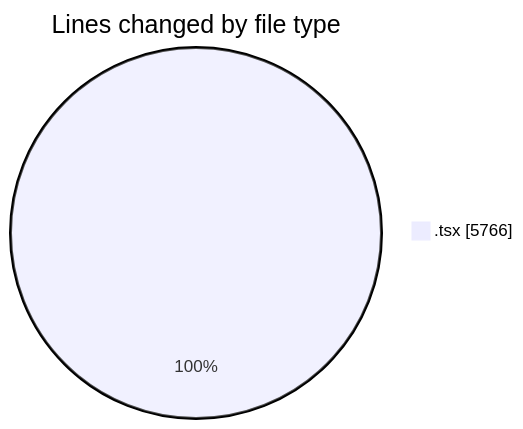
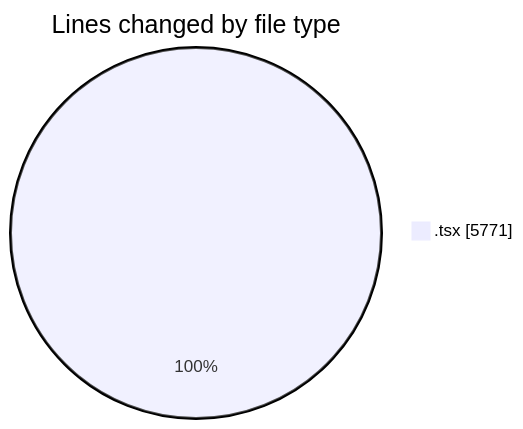
The first of 2 diagrams in 2025-12-04/cda/README.md (momahboobian/code-tracking), drawn with Mermaid before and after one commit. The commit also changed other lines of this file and 1 other file, not shown here.

````diff
--- a/2025-12-04/cda/README.md
+++ b/2025-12-04/cda/README.md
@@ -22,5 +22,5 @@
 ```mermaid
 pie showData
 title Lines changed by file type
-".tsx" : 5766
+".tsx" : 5771
 ```
````
